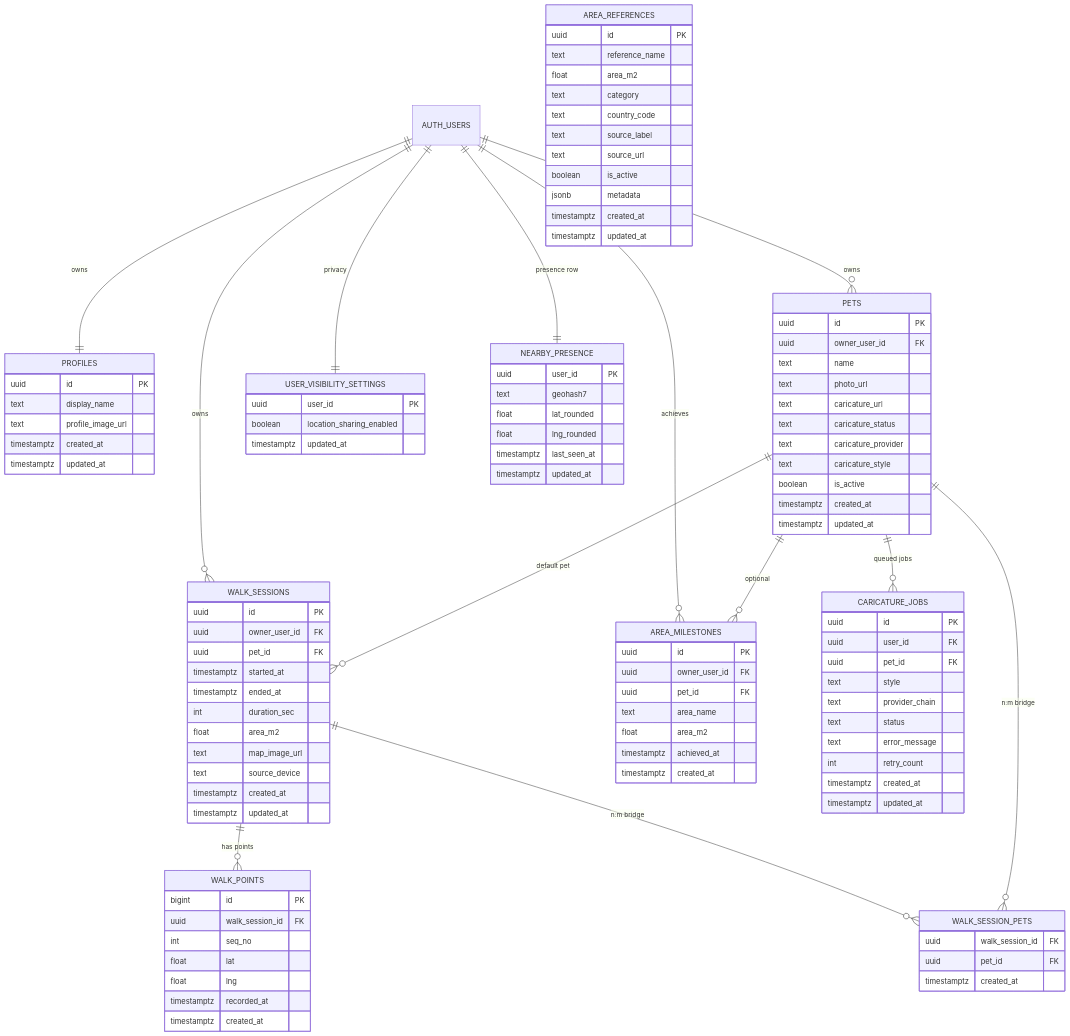
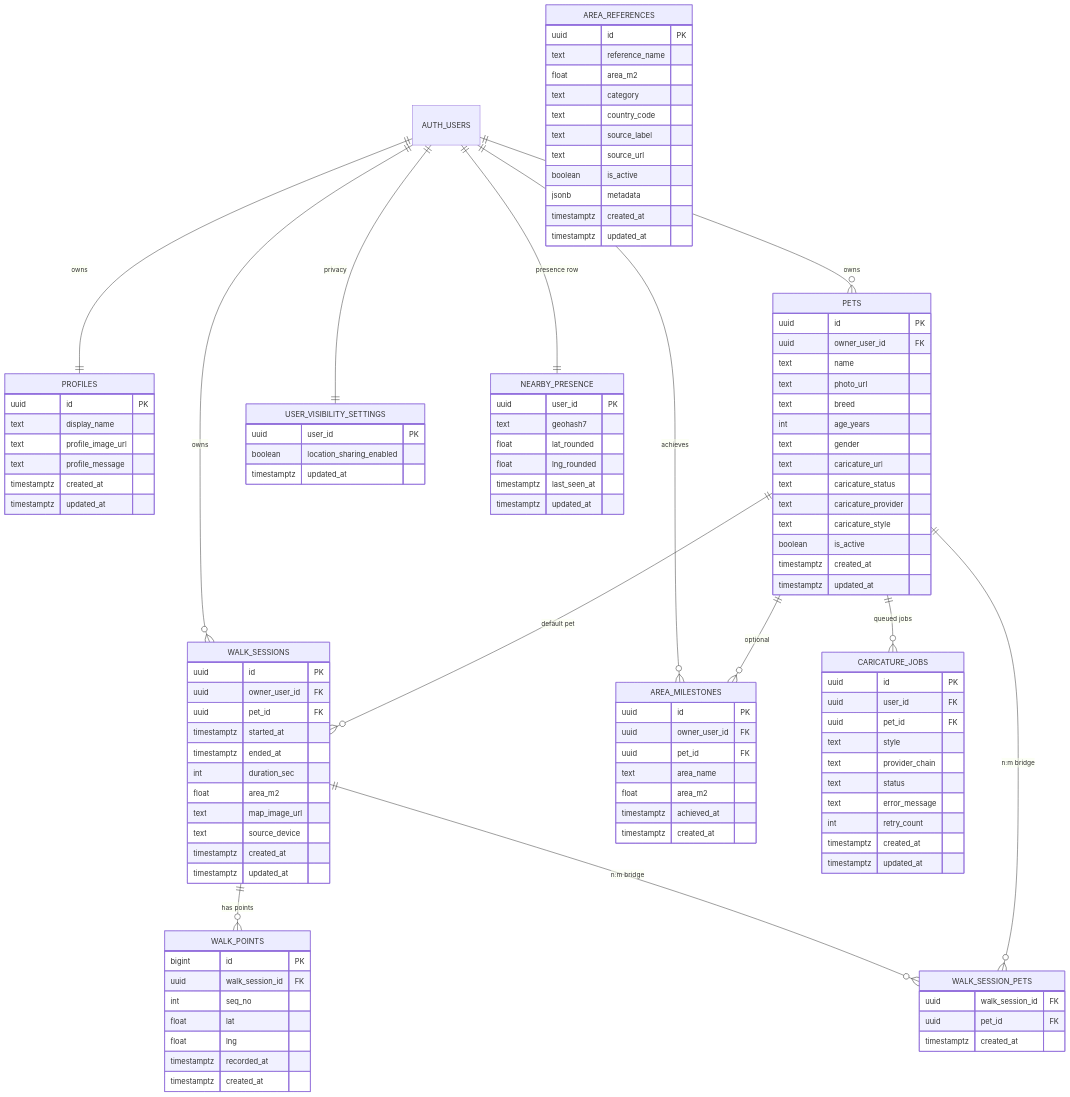
The diagram in docs/supabase-schema-v1.md (iAmSomething/dogArea), drawn with Mermaid before and after one commit. The commit also changed other lines of this file and 11 other files, not shown here.

```diff
--- a/docs/supabase-schema-v1.md
+++ b/docs/supabase-schema-v1.md
@@ -39,6 +39,7 @@
     uuid id PK
     text display_name
     text profile_image_url
+    text profile_message
     timestamptz created_at
     timestamptz updated_at
   }
@@ -48,6 +49,9 @@
     uuid owner_user_id FK
     text name
     text photo_url
+    text breed
+    int age_years
+    text gender
     text caricature_url
     text caricature_status
     text caricature_provider
```
